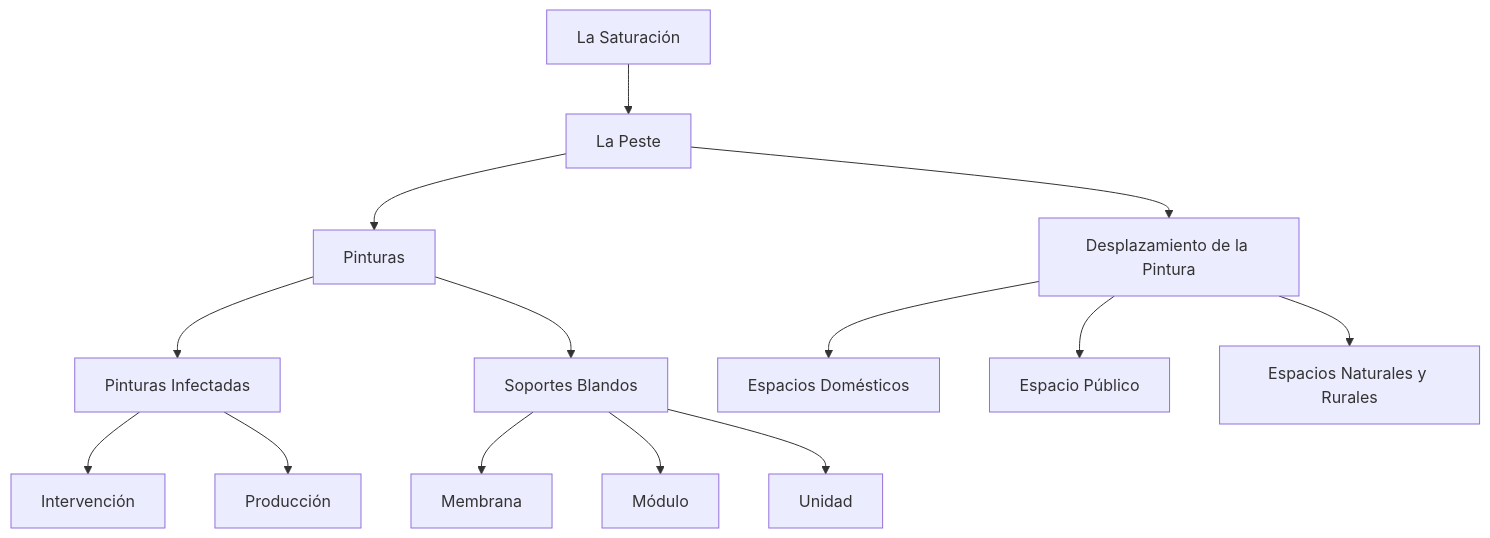
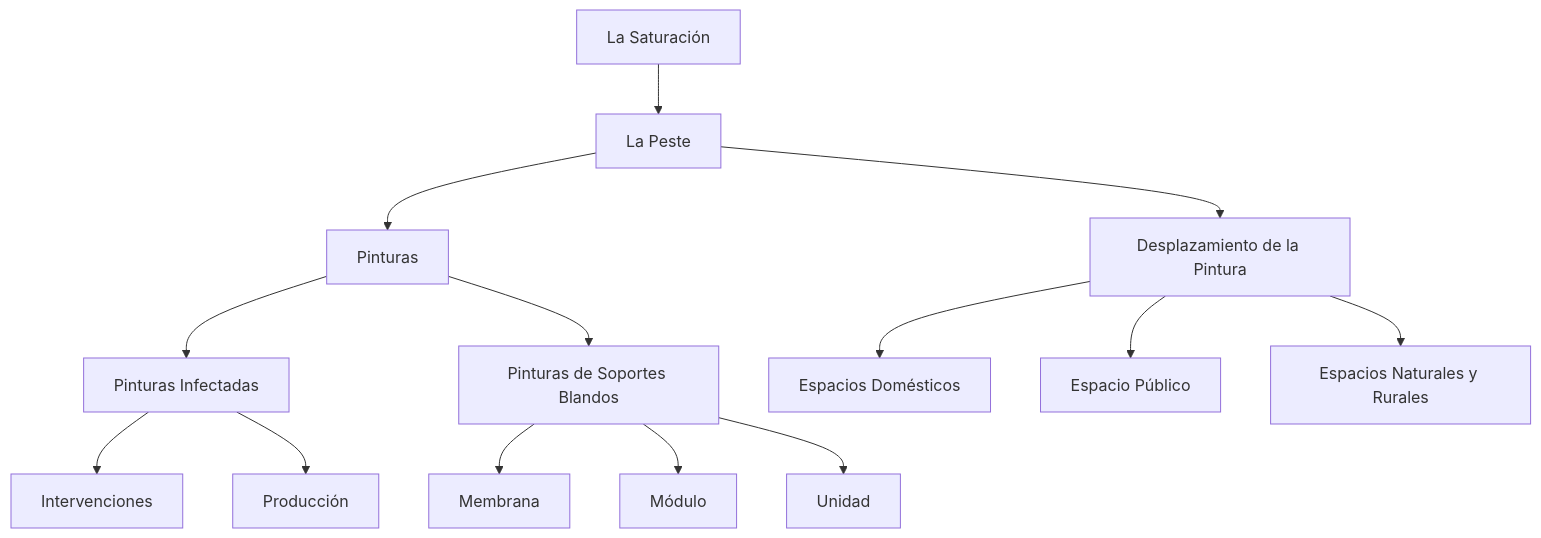
Before and after one commit to EGGS-Artesvisuales/EGGS-Artesvisuales.github.io: the diagram in ES/la-peste.md, drawn with Mermaid. The commit also changed other lines of this file, not shown here.

```diff
--- a/ES/la-peste.md
+++ b/ES/la-peste.md
@@ -40,31 +77,31 @@
 <div class="mermaid">
 graph TD
   A[La Saturación] --> B[La Peste]
   B --> C[Pinturas]
   C --> D[Pinturas Infectadas]
-  D --> D1[Intervención]
+  D --> D1[Intervenciones]
   D --> D2[Producción]
-  C --> E[Soportes Blandos]
+  C --> E[Pinturas de Soportes Blandos]
   E --> E1[Membrana]
   E --> E2[Módulo]
   E --> E3[Unidad]
   B --> F[Desplazamiento de la Pintura]
   F --> G[Espacios Domésticos]
   F --> H[Espacio Público]
   F --> I[Espacios Naturales y Rurales]
 
-  click A "/es/saturacion.html" "Ir a La Saturación"
-  click B "/es/la-peste.html" "Ir a La Peste"
-  click C "/es/peste-pintura.html" "Ir a Pinturas"
-  click D "/es/pinturas-infectadas.html" "Ir a Pinturas Infectadas"
-  click D1 "/es/intervenciones.html" "Ir a Intervenciones"
-  click D2 "/es/produccion.html" "Ir a Producción"
-  click E "/es/soportes-blandos.html" "Ir a Pinturas de Soportes Blandos"
-  click E1 "/es/membrana.html" "Ir a Membrana"
-  click E2 "/es/modulo.html" "Ir a Módulo"
-  click E3 "/es/unidad.html" "Ir a Unidad"
-  click F "/es/desplazamiento-pintura.html" "Ir a Desplazamiento de la Pintura"
-  click G "/es/espacios-domesticos.html" "Ir a Espacios Domésticos"
-  click H "/es/espacio-publico.html" "Ir a Espacio Público"
-  click I "/es/espacios-naturales.html" "Ir a Espacios Naturales y Rurales"
+  click A "/es/saturacion.html"
+  click B "/es/la-peste.html"
+  click C "/es/la-peste-pinturas.html"
+  click D "/es/pinturas-infectadas.html"
+  click D1 "/es/intervenciones.html"
+  click D2 "/es/produccion.html"
+  click E "/es/soportes-blandos.html"
+  click E1 "/es/membrana.html"
+  click E2 "/es/modulo.html"
+  click E3 "/es/unidad.html"
+  click F "/es/desplazamiento-pintura.html"
+  click G "/es/espacios-domesticos.html"
+  click H "/es/espacio-publico.html"
+  click I "/es/espacios-naturales.html"
 </div>
```
